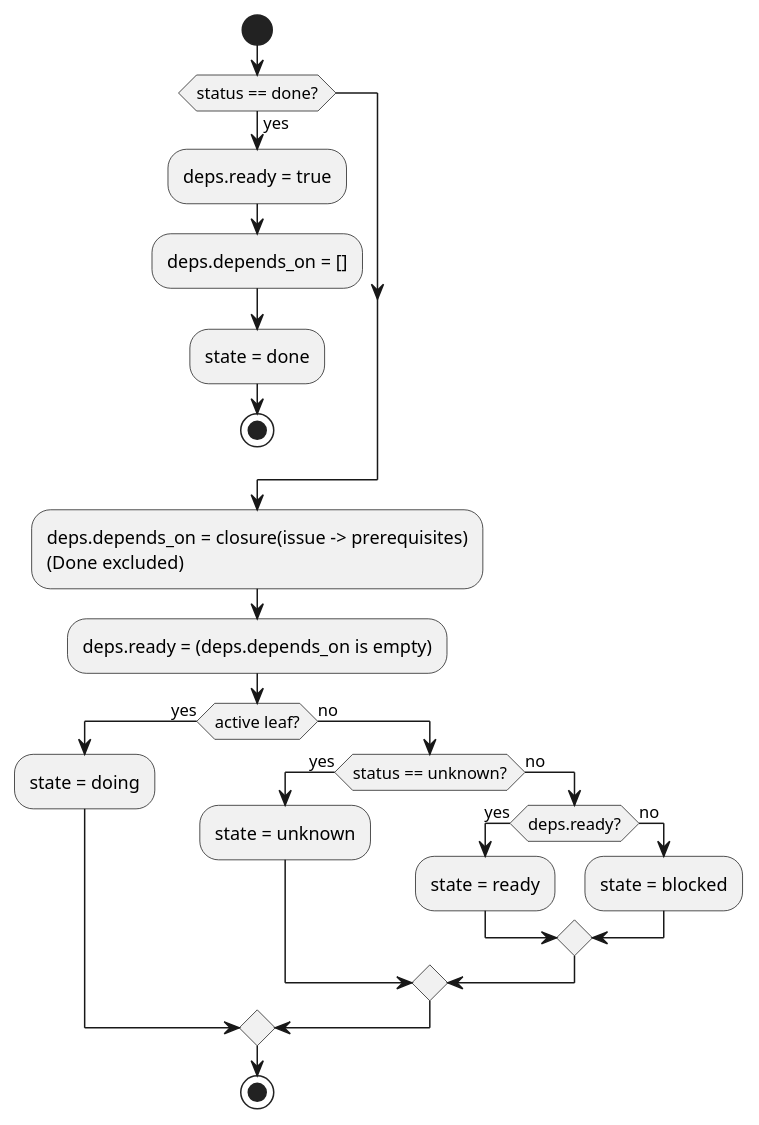
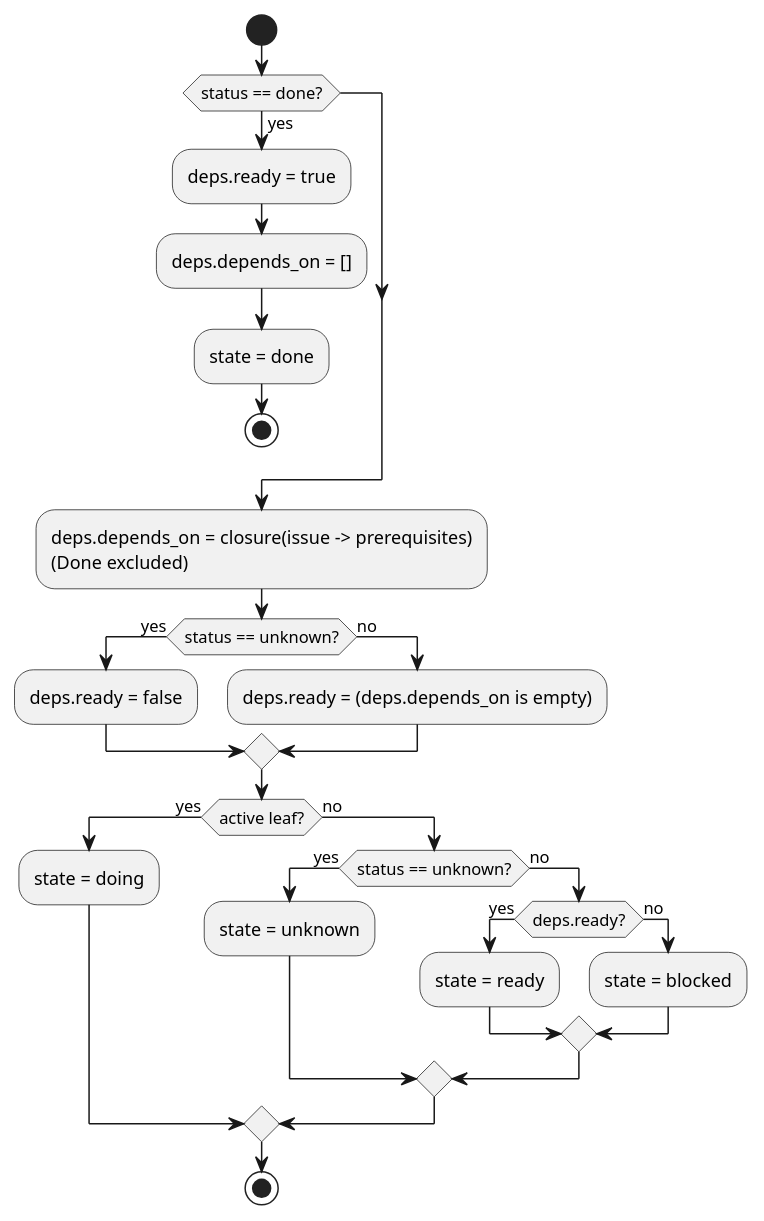
One commit to chemitaro/spec-dock changed the fourth of 9 diagrams in spec-deps/current/design.md. Above: the diagram before and after it, drawn with PlantUML. The commit also changed other lines of this file and 7 other files, not shown here.

````diff
--- a/spec-deps/current/design.md
+++ b/spec-deps/current/design.md
@@ -188,33 +191,37 @@
 ```plantuml
 @startuml
 skinparam shadowing false
 
 start
 
 if (status == done?) then (yes)
   :deps.ready = true;
   :deps.depends_on = [];
   :state = done;
   stop
 endif
 
 :deps.depends_on = closure(issue -> prerequisites)\n(Done excluded);
-:deps.ready = (deps.depends_on is empty);
+if (status == unknown?) then (yes)
+  :deps.ready = false;
+else (no)
+  :deps.ready = (deps.depends_on is empty);
+endif
 
 if (active leaf?) then (yes)
   :state = doing;
 else (no)
   if (status == unknown?) then (yes)
     :state = unknown;
   else (no)
     if (deps.ready?) then (yes)
       :state = ready;
     else (no)
       :state = blocked;
     endif
   endif
 endif
 
 stop
 @enduml
 ```
````
